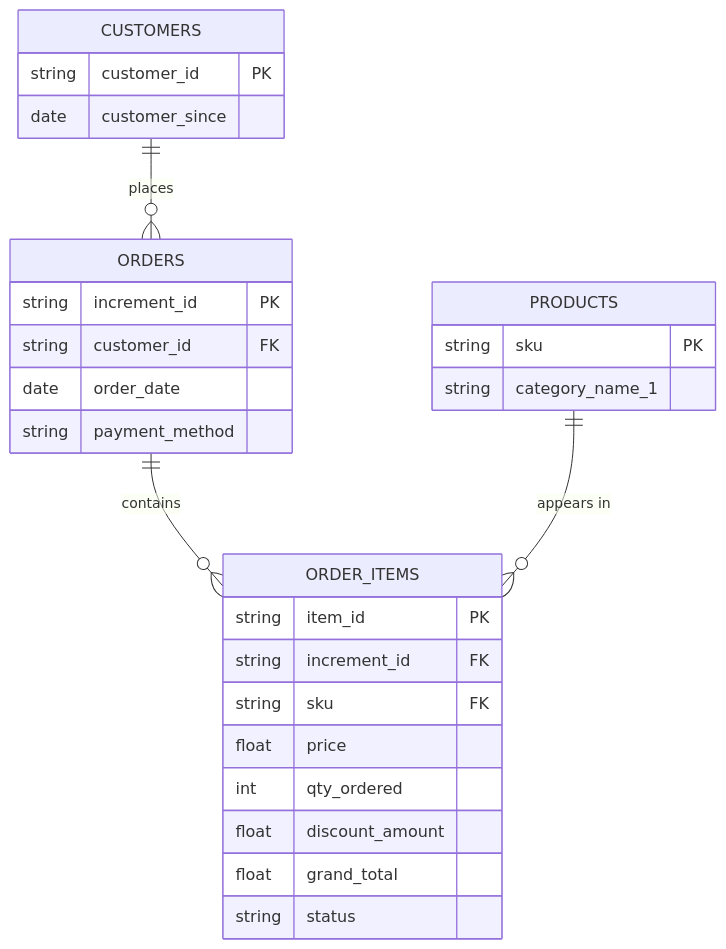
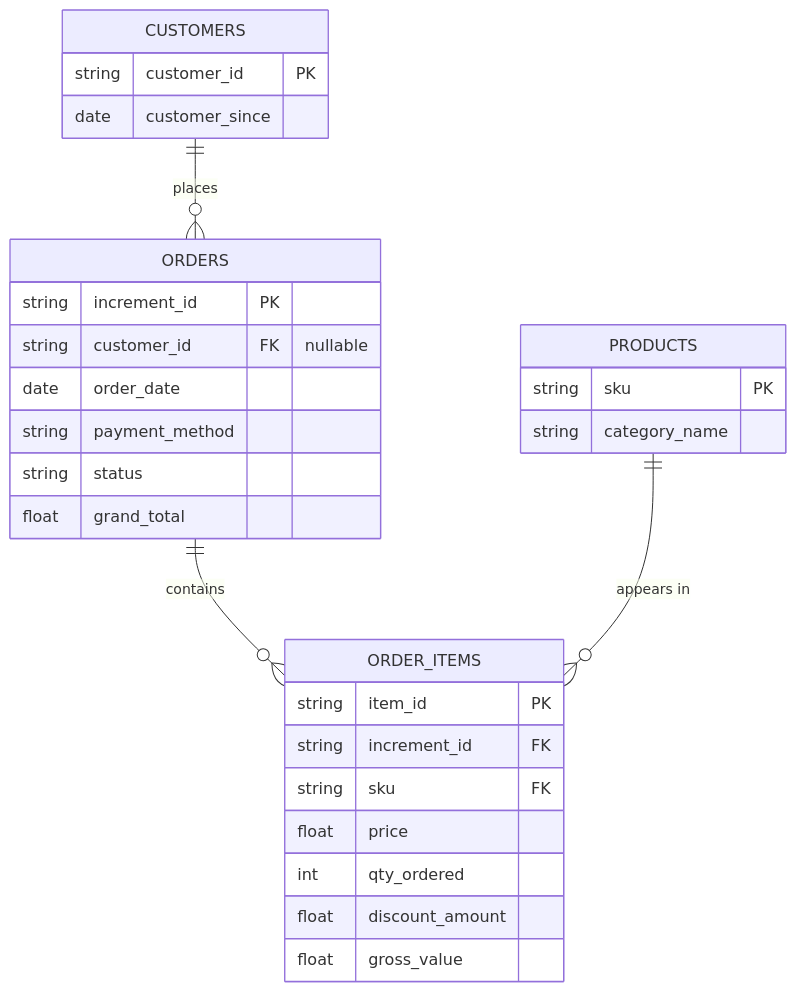
Before and after one commit to mykyta-kk/sql-oltp-olap-analysis: the diagram in README.md, drawn with Mermaid. The commit also changed other lines of this file and 3 other files, not shown here.

Commit message:
Add preflight checks (2.9-2.11): numeric safety, nullable customer_id, MV/gross_value validation; fix ER diagram field placement

````diff
--- a/README.md
+++ b/README.md
@@ -40,30 +41,31 @@
 ```mermaid
 erDiagram
   CUSTOMERS ||--o{ ORDERS : places
   ORDERS ||--o{ ORDER_ITEMS : contains
   PRODUCTS ||--o{ ORDER_ITEMS : "appears in"
   CUSTOMERS {
     string customer_id PK
     date customer_since
   }
   PRODUCTS {
     string sku PK
-    string category_name_1
+    string category_name
   }
   ORDERS {
     string increment_id PK
-    string customer_id FK
+    string customer_id FK "nullable"
     date order_date
     string payment_method
+    string status
+    float grand_total
   }
   ORDER_ITEMS {
     string item_id PK
     string increment_id FK
     string sku FK
     float price
     int qty_ordered
     float discount_amount
-    float grand_total
-    string status
+    float gross_value
   }
 ```
````
